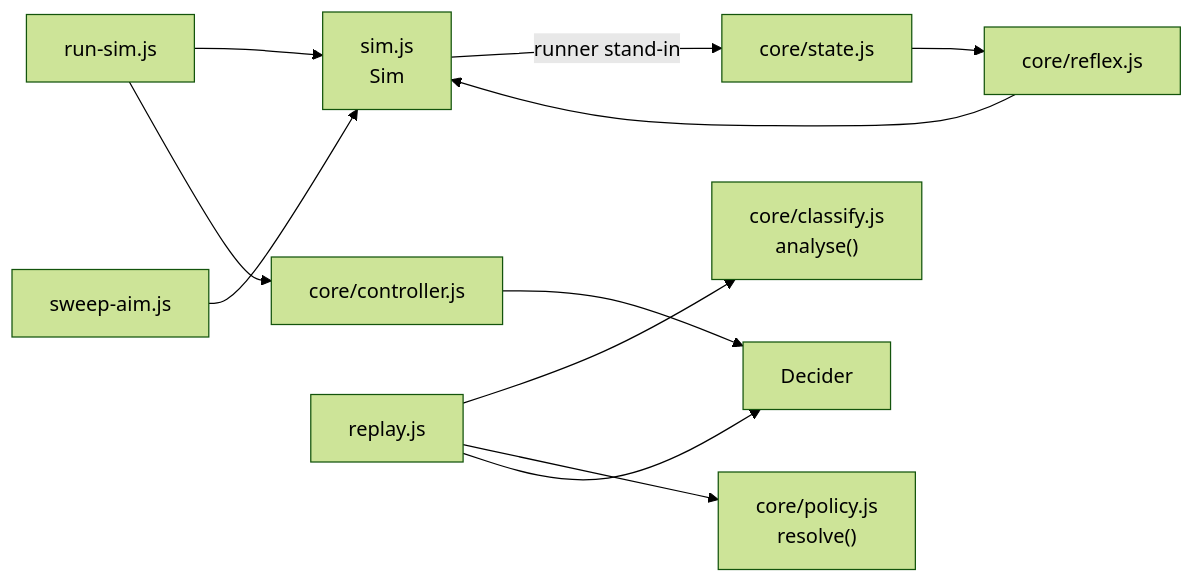
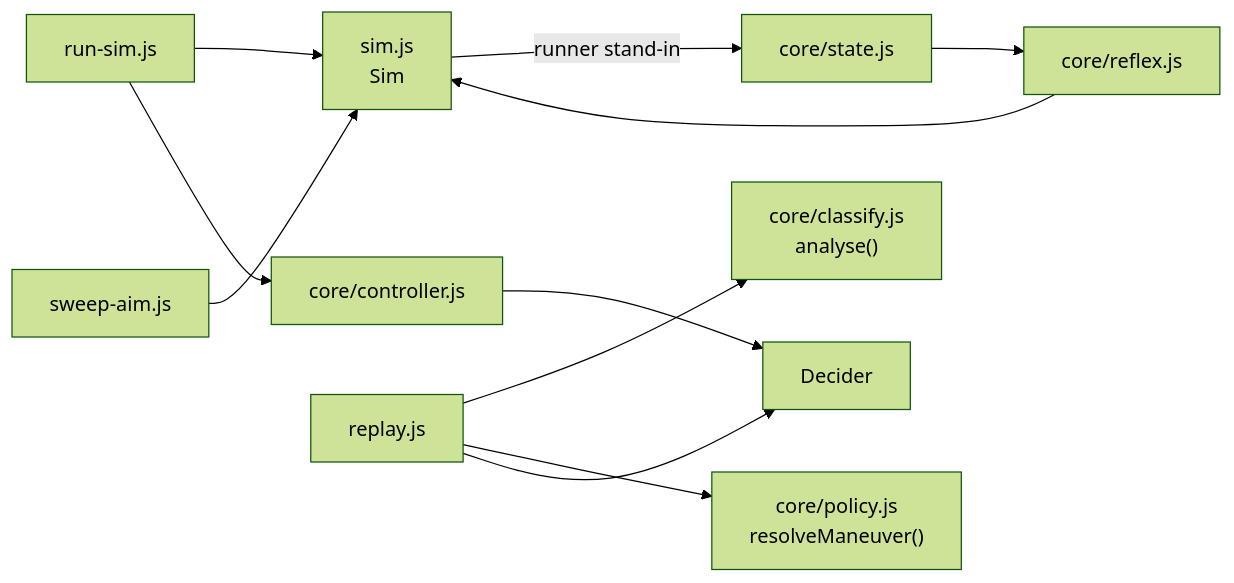
Before and after one commit to naufalmalikr/decisaur: the eighth of 8 diagrams in ARCHITECTURE.md, drawn with Mermaid (forest theme). The commit also changed other lines of this file and 18 other files, not shown here.

````diff
--- a/ARCHITECTURE.md
+++ b/ARCHITECTURE.md
@@ -559,14 +612,14 @@
 ```mermaid
 flowchart LR
     RUNSIM["run-sim.js"] --> SIM["sim.js<br/>Sim"]
     SWEEP["sweep-aim.js"] --> SIM
     SIM -->|"runner stand-in"| ST["core/state.js"]
     ST --> RF["core/reflex.js"]
     RF --> SIM
 
     RUNSIM --> CTRL["core/controller.js"]
     REPLAY["replay.js"] --> AN["core/classify.js<br/>analyse()"]
-    REPLAY --> PO["core/policy.js<br/>resolve()"]
+    REPLAY --> PO["core/policy.js<br/>resolveManeuver()"]
     REPLAY --> DEC["Decider"]
     CTRL --> DEC
 ```
````
